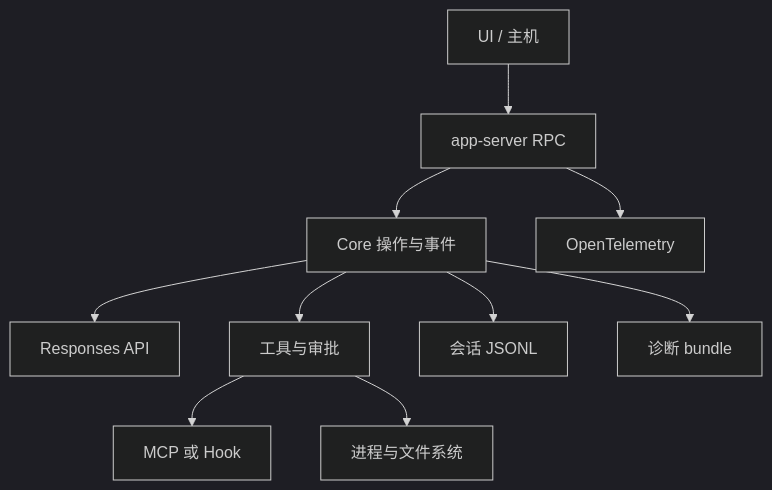
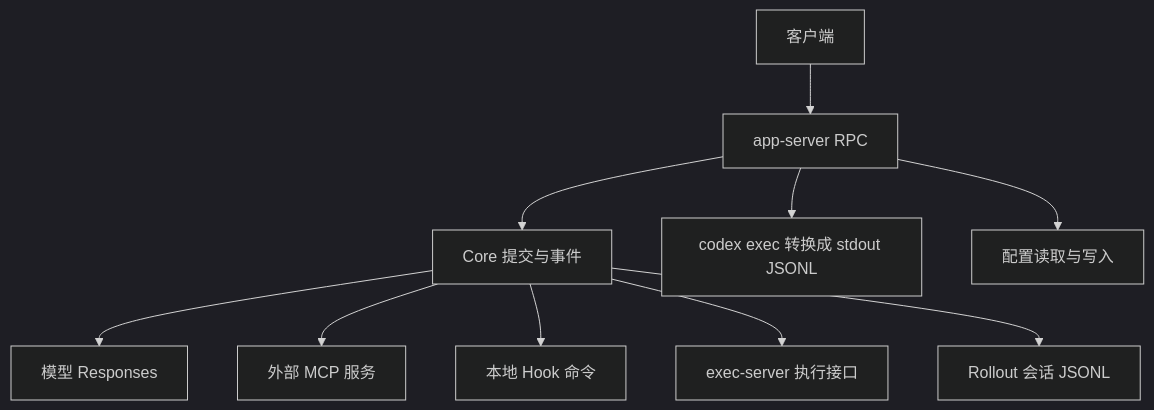
The diagram in wiki/protocols/index.md (GLBB/codex), drawn with Mermaid (dark theme) before and after one commit. The commit also changed other lines of this file and 28 other files, not shown here.

````diff
--- a/wiki/protocols/index.md
+++ b/wiki/protocols/index.md
@@ -21,12 +27,12 @@
 ```mermaid
 graph TB
-    U["UI / 主机"] --> A["app-server RPC"]
-    A --> C["Core 操作与事件"]
-    C --> P["Responses API"]
-    C --> K["工具与审批"]
-    K --> M["MCP 或 Hook"]
-    K --> X["进程与文件系统"]
-    C --> H["会话 JSONL"]
-    C --> B["诊断 bundle"]
-    A --> O["OpenTelemetry"]
+    U["客户端"] --> A["app-server RPC"]
+    A --> C["Core 提交与事件"]
+    A --> J["codex exec 转换成 stdout JSONL"]
+    C --> P["模型 Responses"]
+    C --> M["外部 MCP 服务"]
+    C --> H["本地 Hook 命令"]
+    C --> X["exec-server 执行接口"]
+    C --> R["Rollout 会话 JSONL"]
+    A --> F["配置读取与写入"]
 ```
````
